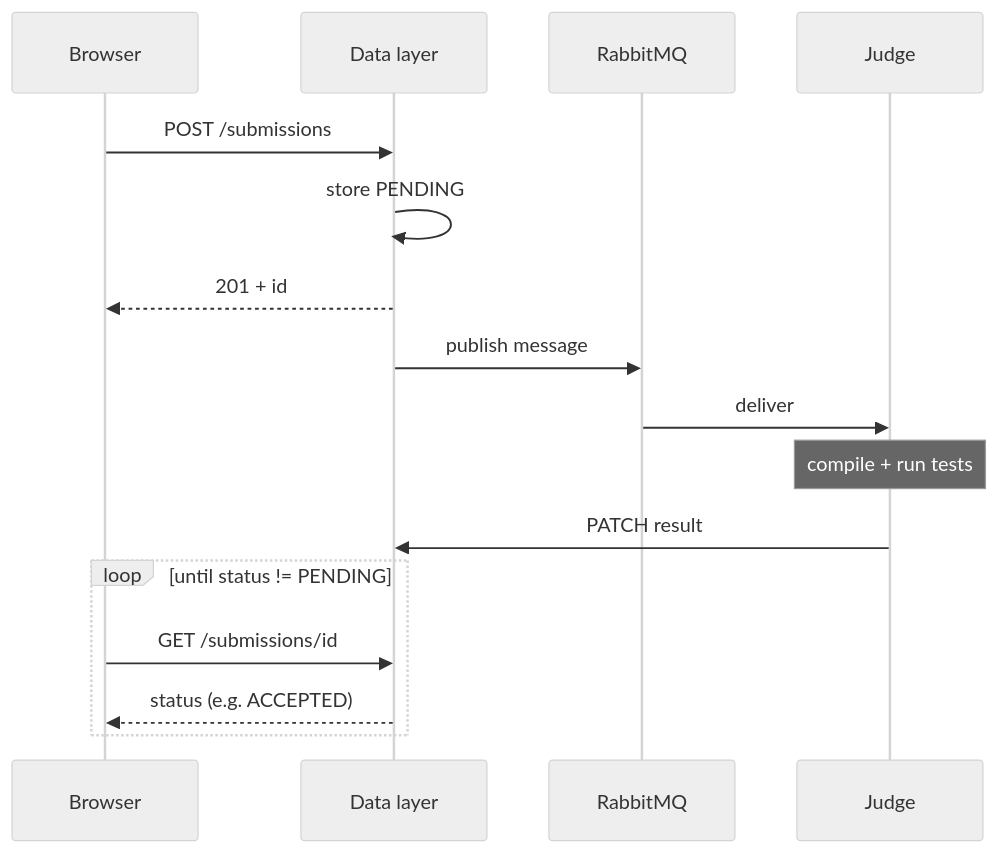
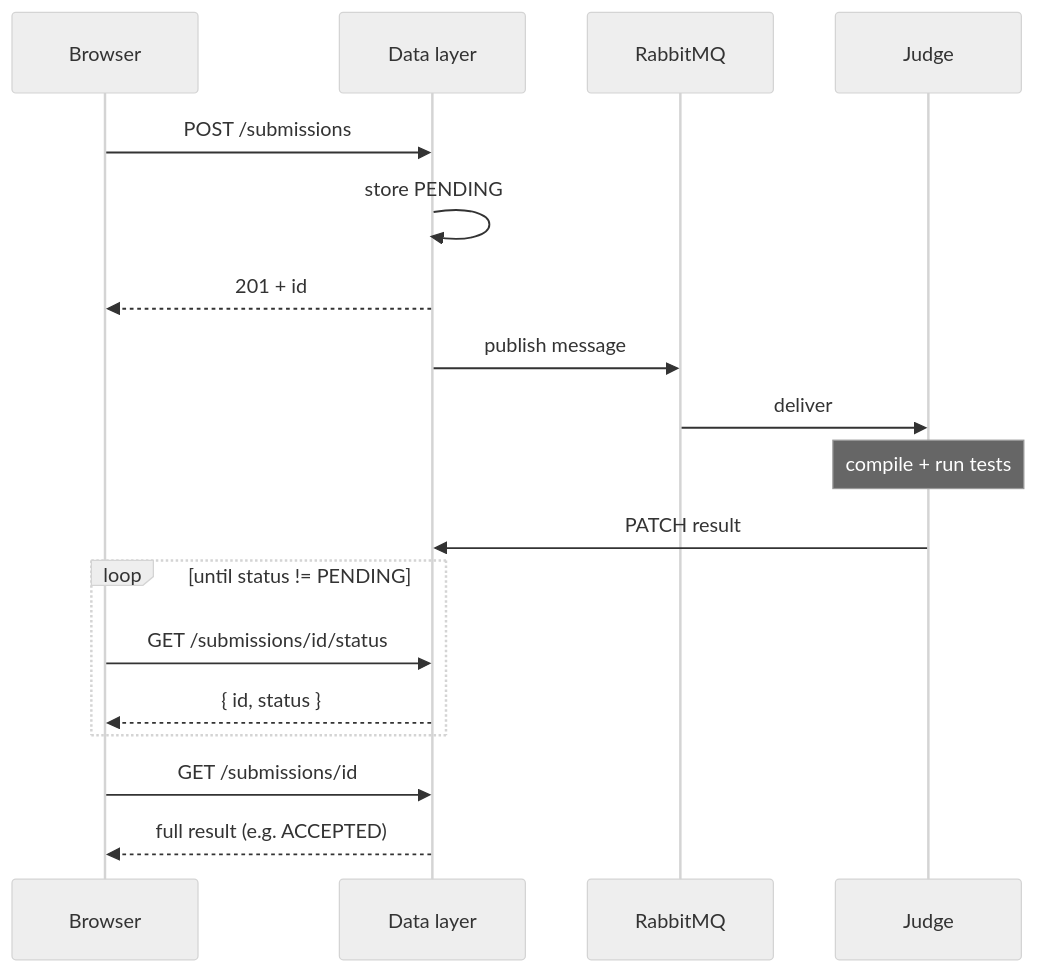
The diagram in src/docs/src/content/docs/architecture/components.md (NextJudge/NextJudge), drawn with Mermaid (neutral theme) before and after one commit. The commit also changed other lines of this file and 12 other files, not shown here.

````diff
--- a/src/docs/src/content/docs/architecture/components.md
+++ b/src/docs/src/content/docs/architecture/components.md
@@ -80,22 +80,24 @@
 ```mermaid
 sequenceDiagram
     participant Browser
     participant DataLayer as Data layer
     participant RabbitMQ
     participant Judge
 
     Browser->>DataLayer: POST /submissions
     DataLayer->>DataLayer: store PENDING
     DataLayer-->>Browser: 201 + id
 
     DataLayer->>RabbitMQ: publish message
     RabbitMQ->>Judge: deliver
 
     Note over Judge: compile + run tests
     Judge->>DataLayer: PATCH result
 
     loop until status != PENDING
-        Browser->>DataLayer: GET /submissions/id
-        DataLayer-->>Browser: status (e.g. ACCEPTED)
+        Browser->>DataLayer: GET /submissions/id/status
+        DataLayer-->>Browser: { id, status }
     end
+    Browser->>DataLayer: GET /submissions/id
+    DataLayer-->>Browser: full result (e.g. ACCEPTED)
 ```
````
